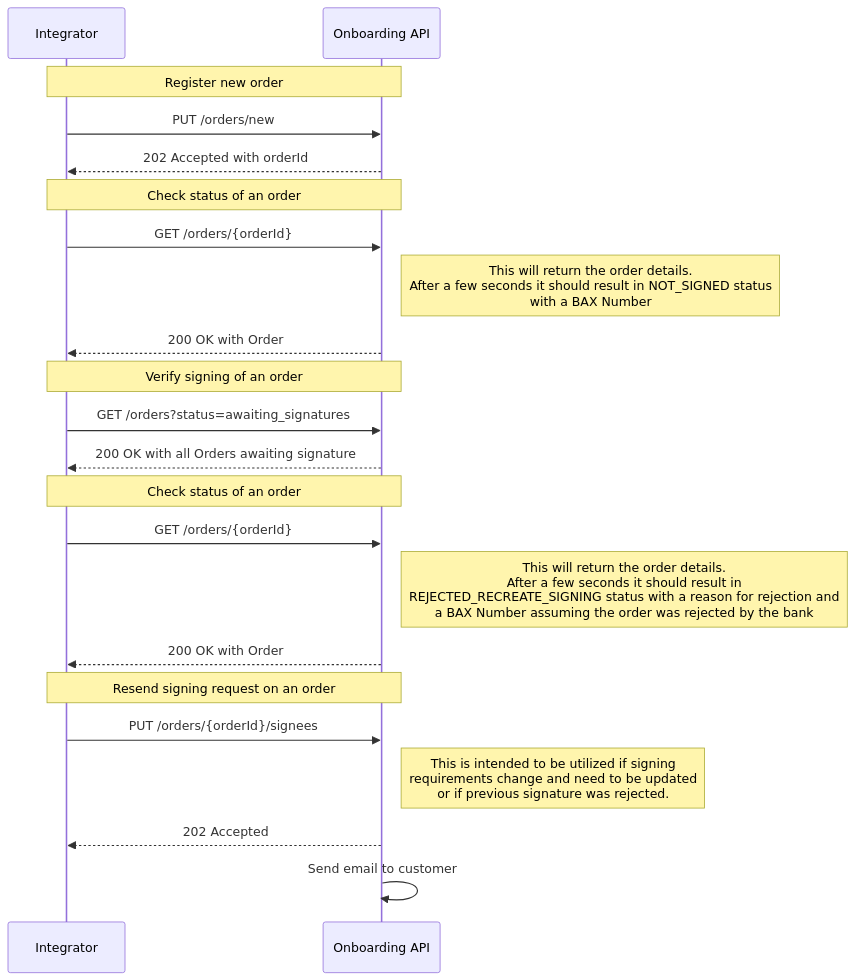
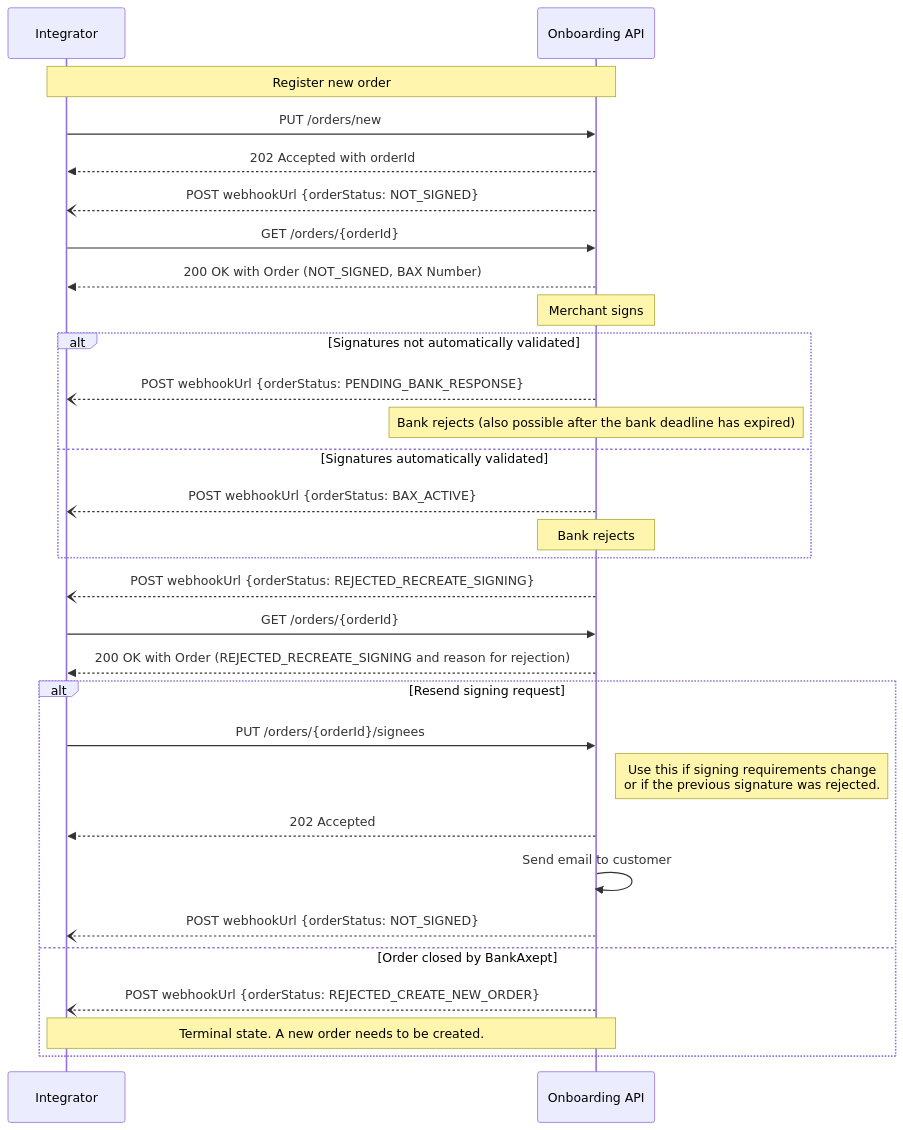
The fourth of 4 diagrams in docs/prod_flows.md (BankAxept/bankaxept-onboarding-external-documentation), drawn with Mermaid before and after one commit. The commit also changed other lines of this file and 3 other files, not shown here.

Commit message:
update flow charts with webhooks and clarify webhoos QOS

````diff
--- a/docs/prod_flows.md
+++ b/docs/prod_flows.md
@@ -31,30 +93,36 @@
 ```mermaid
 sequenceDiagram
 participant I as Integrator
 participant O as Onboarding API
 
 note over I, O: Register new order
 I ->> O: PUT /orders/new
 O -->> I: 202 Accepted with orderId
 
-note over I, O: Check status of an order
+O --) I: POST webhookUrl {orderStatus: NOT_SIGNED}
 I ->> O : GET /orders/{orderId}
-note right of O: This will return the order details. <br/> After a few seconds it should result in NOT_SIGNED status <br/> with a BAX Number
-O -->> I: 200 OK with Order
+O -->> I: 200 OK with Order (NOT_SIGNED, BAX Number)
 
-note over I, O: Verify signing of an order
-I ->> O: GET /orders?status=awaiting_signatures
-O -->> I: 200 OK with all Orders awaiting signature
+note over O: Merchant signs
+alt Signatures not automatically validated
+    O --) I: POST webhookUrl {orderStatus: PENDING_BANK_RESPONSE}
+    note over O: Bank rejects (also possible after the bank deadline has expired)
+else Signatures automatically validated
+    O --) I: POST webhookUrl {orderStatus: BAX_ACTIVE}
+    note over O: Bank rejects
+end
+O --) I: POST webhookUrl {orderStatus: REJECTED_RECREATE_SIGNING}
+I ->> O : GET /orders/{orderId}
+O -->> I: 200 OK with Order (REJECTED_RECREATE_SIGNING and reason for rejection)
 
-note over I, O: Check status of an order
-I ->> O : GET /orders/{orderId}
-note right of O: This will return the order details. <br/> After a few seconds it should result in <br/> REJECTED_RECREATE_SIGNING status with a reason for rejection and <br/> a BAX Number assuming the order was rejected by the bank
-O -->> I: 200 OK with Order
-
-note over I, O: Resend signing request on an order
-I ->> O: PUT /orders/{orderId}/signees
-note right of O: This is intended to be utilized if signing <br/> requirements change and need to be updated <br/> or if previous signature was rejected.
-
-O -->> I: 202 Accepted
-O ->> O: Send email to customer
+alt Resend signing request
+    I ->> O: PUT /orders/{orderId}/signees
+    note right of O: Use this if signing requirements change <br/> or if the previous signature was rejected.
+    O -->> I: 202 Accepted
+    O ->> O: Send email to customer
+    O --) I: POST webhookUrl {orderStatus: NOT_SIGNED}
+else Order closed by BankAxept
+    O --) I: POST webhookUrl {orderStatus: REJECTED_CREATE_NEW_ORDER}
+    note over I, O: Terminal state. A new order needs to be created.
+end
 ```
````
